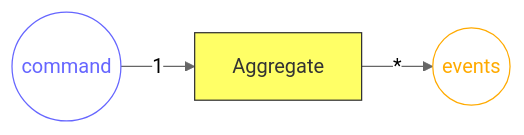
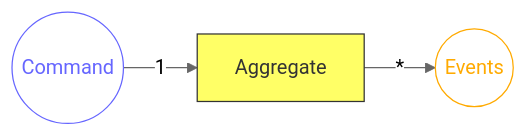
Before and after one commit to ReventlessDev/reventless-core: the first of 4 diagrams in packages/doc/docs/reventless-components-overview.md, drawn with Mermaid (neutral theme). The commit also changed other lines of this file, not shown here.

````diff
--- a/packages/doc/docs/reventless-components-overview.md
+++ b/packages/doc/docs/reventless-components-overview.md
@@ -13,8 +13,8 @@
 ```mermaid
 graph LR
-    command((command)):::command -->|1| Aggregate:::aggregate -->|*| events((events)):::event
+    Command((Command)):::Command -->|1| Aggregate:::aggregate -->|*| Events((Events)):::Event
 
-    classDef command stroke:#66f,color:#66f,fill:none;
-    classDef event stroke:#fa0,color:#fa0,fill:none;
+    classDef Command stroke:#66f,color:#66f,fill:none;
+    classDef Event stroke:#fa0,color:#fa0,fill:none;
     classDef aggregate fill:#ff6,stroke:#333,color:#333;
 ```
````
